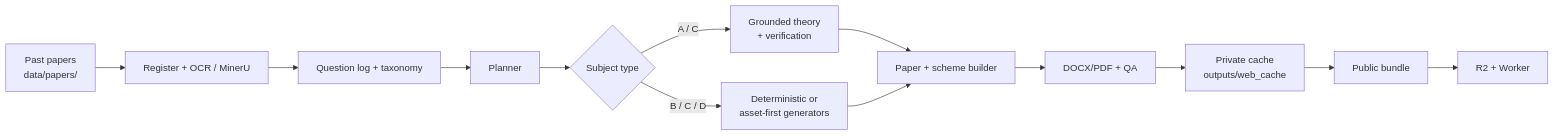
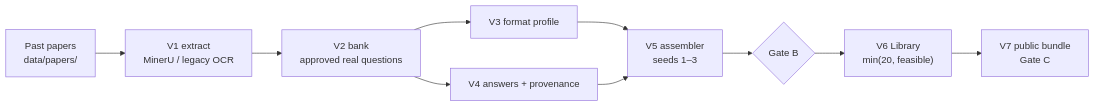
Before and after one commit to jerkfish/paper-generator: the third of 3 diagrams in README.md, drawn with Mermaid. The commit also changed other lines of this file, not shown here.

````diff
--- a/README.md
+++ b/README.md
@@ -177,15 +208,12 @@
 ```mermaid
 flowchart LR
-  A["Past papers<br/>data/papers/<CODE>"] --> B["Register + OCR / MinerU"]
-  B --> C["Question log + taxonomy"]
-  C --> D["Planner"]
-  D --> E{"Subject type"}
-  E -->|A / C| F["Grounded theory<br/>+ verification"]
-  E -->|B / C / D| G["Deterministic or<br/>asset-first generators"]
-  F --> H["Paper + scheme builder"]
-  G --> H
-  H --> I["DOCX/PDF + QA"]
-  I --> J["Private cache<br/>outputs/web_cache"]
-  J --> K["Public bundle"]
-  K --> L["R2 + Worker"]
+  A["Past papers<br/>data/papers/<CODE>"] --> B["V1 extract<br/>MinerU / legacy OCR"]
+  B --> C["V2 bank<br/>approved real questions"]
+  C --> D["V3 format profile"]
+  C --> E["V4 answers + provenance"]
+  D --> F["V5 assembler<br/>seeds 1–3"]
+  E --> F
+  F --> G{"Gate B"}
+  G --> H["V6 Library<br/>min(20, feasible)"]
+  H --> I["V7 public bundle<br/>Gate C"]
 ```
````
